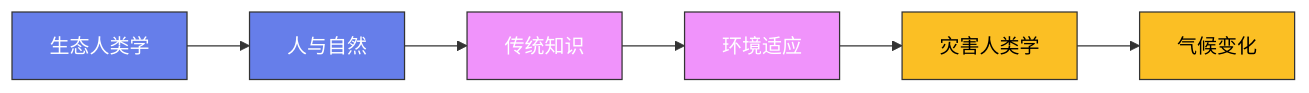
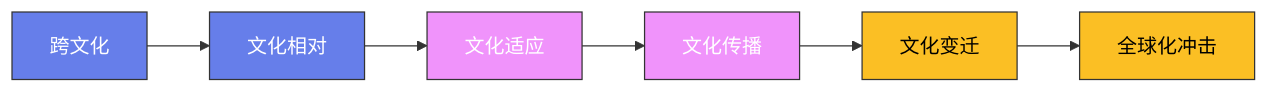
The diagram in content/posts/ModelCreate/人类学/12-物质文化.md (Fengur/Fengur.github.io), drawn with Mermaid before and after one commit. The commit also changed other lines of this file and 118 other files, not shown here.

````diff
--- a/content/posts/ModelCreate/人类学/12-物质文化.md
+++ b/content/posts/ModelCreate/人类学/12-物质文化.md
@@ -21,16 +20,16 @@
 ```mermaid
 graph LR
-    A["生态人类学"] --> B["人与自然"]
-    B --> C["传统知识"]
-    C --> D["环境适应"]
-    D --> E["灾害人类学"]
-    E --> F["气候变化"]
+    A["跨文化"] --> B["文化相对"]
+    B --> C["文化适应"]
+    C --> D["文化传播"]
+    D --> E["文化变迁"]
+    E --> F["全球化冲击"]
 
     classDef early fill:#667eea,stroke:#333,color:white
     classDef mid fill:#f093fb,stroke:#333,color:white
     classDef modern fill:#fbbf24,stroke:#333,color:black
 
     class A,B early
     class C,D mid
     class E,F modern
 ```
````
